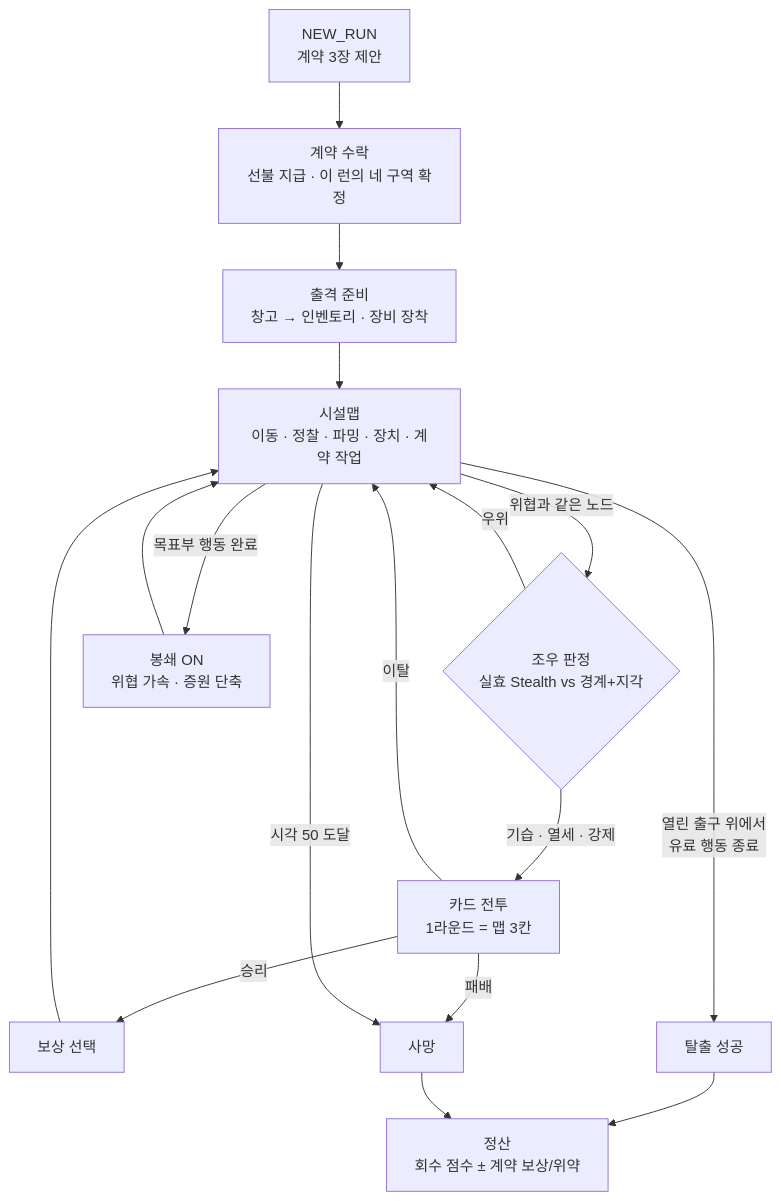
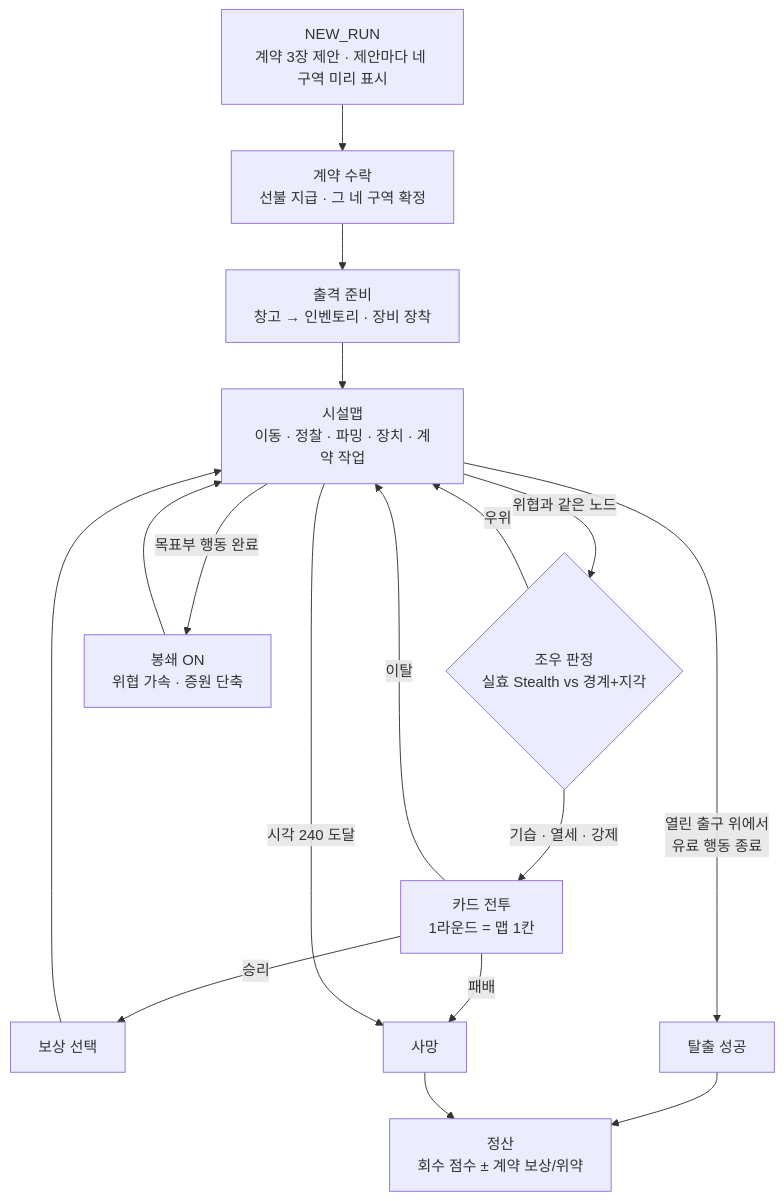
One commit to an004005/proto-card-ext changed the diagram in docs/for-human/README.md. Above: the diagram before and after it, drawn with Mermaid. The commit also changed 27 other files, not shown here.

````diff
--- a/docs/for-human/README.md
+++ b/docs/for-human/README.md
@@ -16,18 +16,18 @@
 ```mermaid
 flowchart TD
-  A[NEW_RUN<br/>계약 3장 제안] --> B[계약 수락<br/>선불 지급 · 이 런의 네 구역 확정]
+  A[NEW_RUN<br/>계약 3장 제안 · 제안마다 네 구역 미리 표시] --> B[계약 수락<br/>선불 지급 · 그 네 구역 확정]
   B --> C[출격 준비<br/>창고 → 인벤토리 · 장비 장착]
   C --> D[시설맵<br/>이동 · 정찰 · 파밍 · 장치 · 계약 작업]
   D -->|위협과 같은 노드| E{조우 판정<br/>실효 Stealth vs 경계+지각}
   E -->|우위| D
-  E -->|기습 · 열세 · 강제| F[카드 전투<br/>1라운드 = 맵 3칸]
+  E -->|기습 · 열세 · 강제| F[카드 전투<br/>1라운드 = 맵 1칸]
   F -->|승리| G[보상 선택] --> D
   F -->|이탈| D
   F -->|패배| X[사망]
   D -->|목표부 행동 완료| H[봉쇄 ON<br/>위협 가속 · 증원 단축]
   H --> D
   D -->|열린 출구 위에서<br/>유료 행동 종료| I[탈출 성공]
-  D -->|시각 50 도달| X
+  D -->|시각 240 도달| X
   I --> Z[정산<br/>회수 점수 ± 계약 보상/위약]
   X --> Z
 ```
````
